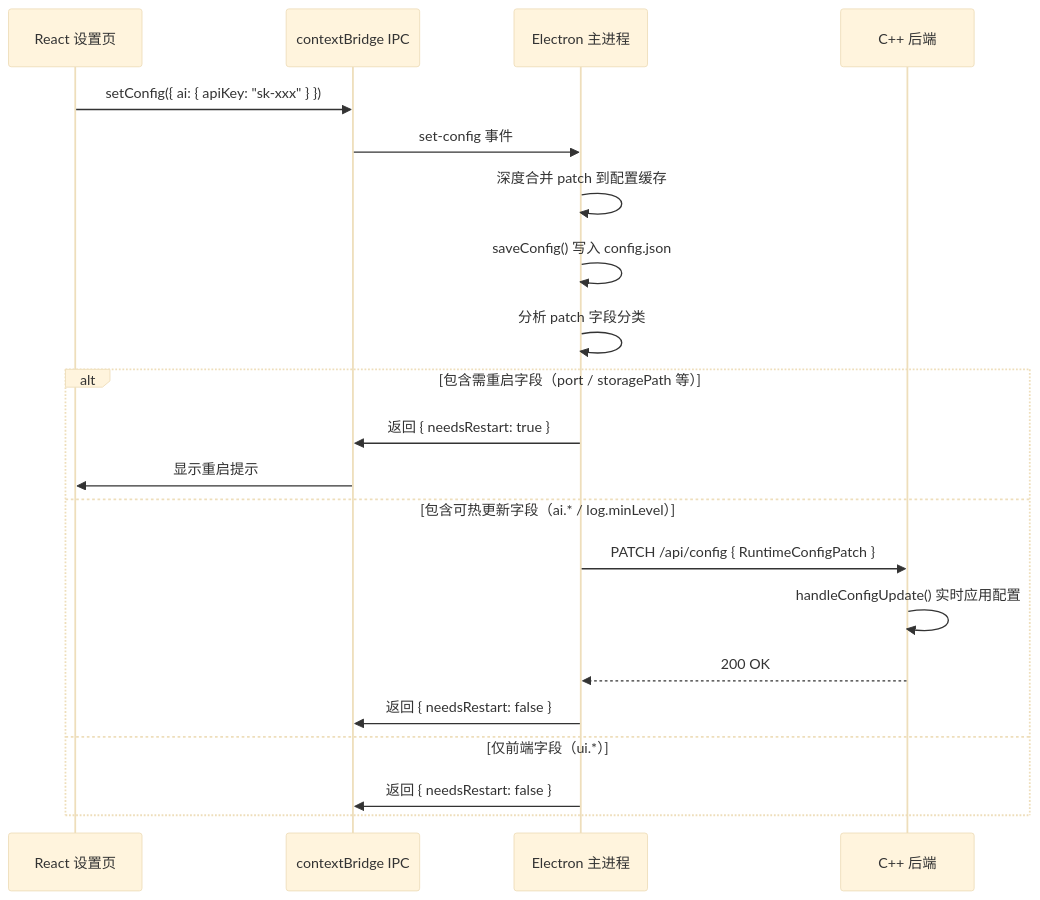
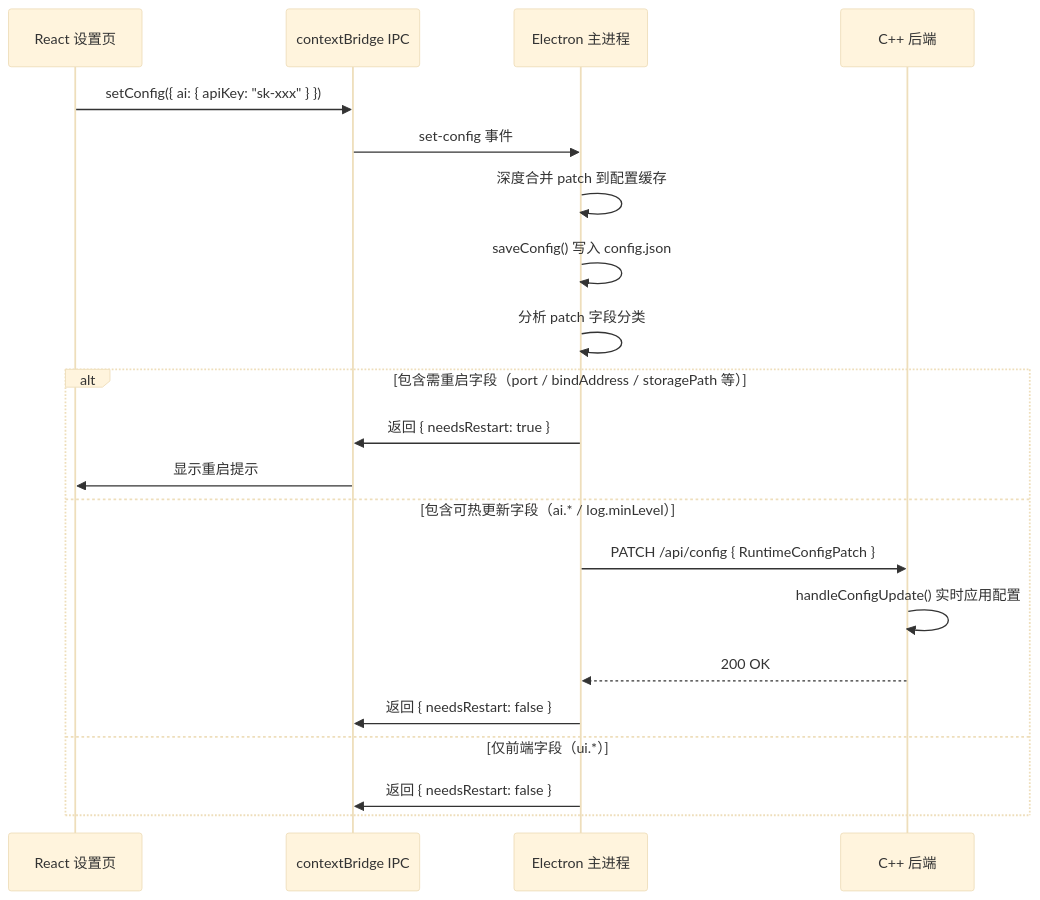
One commit to MintITes/QuickMemes changed the third of 3 diagrams in docs/arch/config.md. Above: the diagram before and after it, drawn with Mermaid (base theme). The commit also changed other lines of this file and 8 other files, not shown here.

````diff
--- a/docs/arch/config.md
+++ b/docs/arch/config.md
@@ -340,24 +348,24 @@
 ```mermaid
 sequenceDiagram
     participant React as React 设置页
     participant IPC as contextBridge IPC
     participant Main as Electron 主进程
     participant CPP as C++ 后端
 
     React->>IPC: setConfig({ ai: { apiKey: "sk-xxx" } })
     IPC->>Main: set-config 事件
     Main->>Main: 深度合并 patch 到配置缓存
     Main->>Main: saveConfig() 写入 config.json
     Main->>Main: 分析 patch 字段分类
-    alt 包含需重启字段（port / storagePath 等）
+    alt 包含需重启字段（port / bindAddress / storagePath 等）
         Main->>IPC: 返回 { needsRestart: true }
         IPC->>React: 显示重启提示
     else 包含可热更新字段（ai.* / log.minLevel）
         Main->>CPP: PATCH /api/config { RuntimeConfigPatch }
         CPP->>CPP: handleConfigUpdate() 实时应用配置
         CPP-->>Main: 200 OK
         Main->>IPC: 返回 { needsRestart: false }
     else 仅前端字段（ui.*）
         Main->>IPC: 返回 { needsRestart: false }
     end
 ```
````
